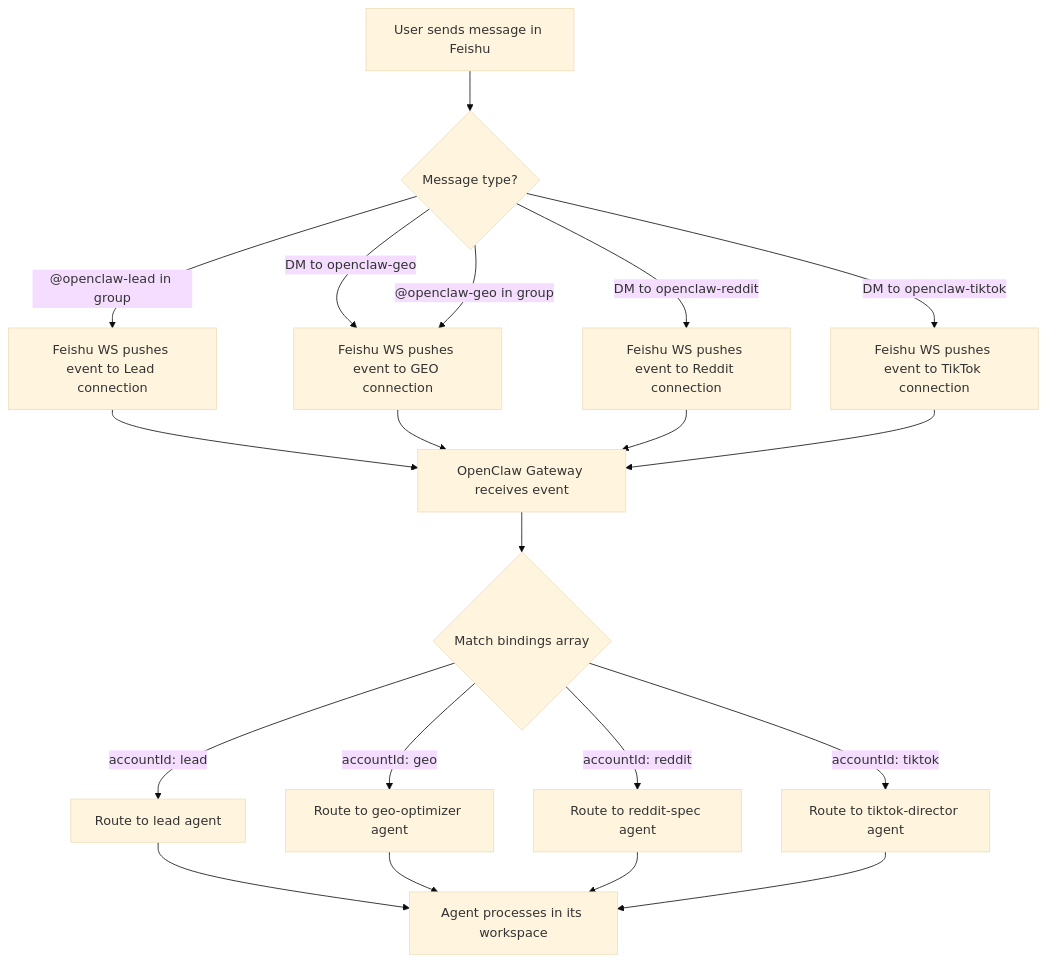
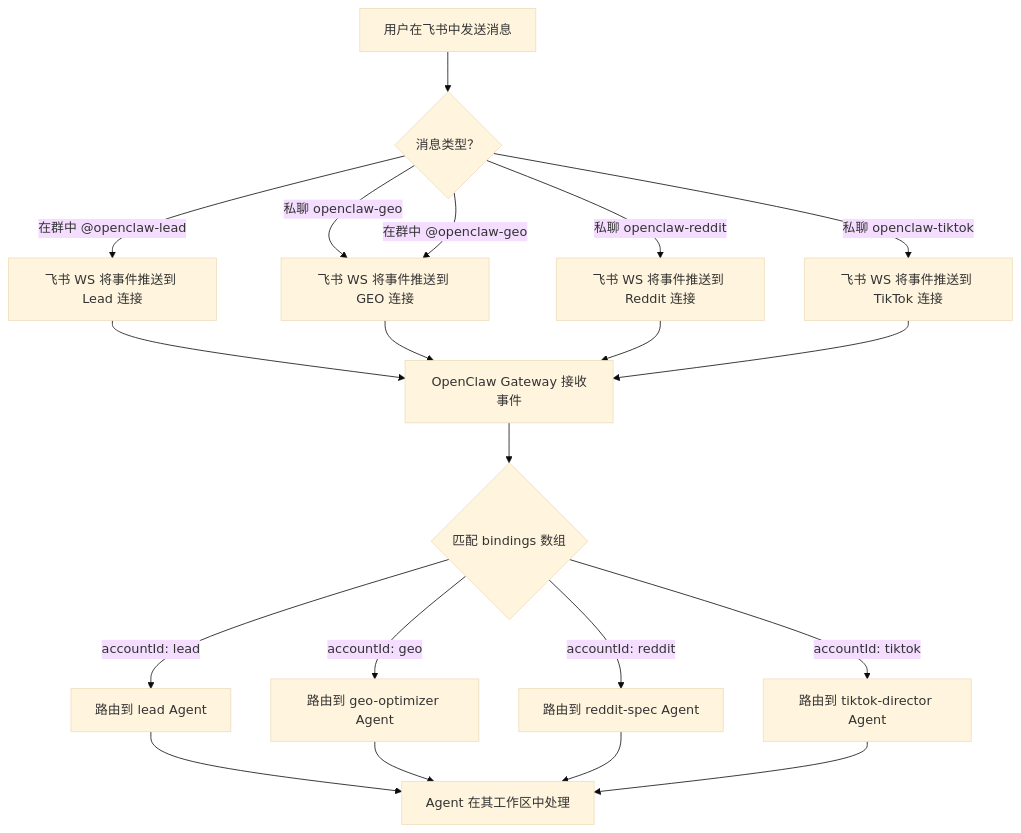
Before and after one commit to chan-kinghin/e-commerce-claw: the third of 3 diagrams in plans/PLAN-feishu-integration.md, drawn with Mermaid (base theme). The commit also changed other lines of this file and 55 other files, not shown here.

````diff
--- a/plans/PLAN-feishu-integration.md
+++ b/plans/PLAN-feishu-integration.md
@@ -903,25 +903,25 @@
 ```mermaid
 graph TD
-    A["User sends message in Feishu"] --> B{"Message type?"}
-    B -->|"@openclaw-lead in group"| C["Feishu WS pushes event to Lead connection"]
-    B -->|"DM to openclaw-geo"| D["Feishu WS pushes event to GEO connection"]
-    B -->|"DM to openclaw-reddit"| E["Feishu WS pushes event to Reddit connection"]
-    B -->|"DM to openclaw-tiktok"| F["Feishu WS pushes event to TikTok connection"]
-    B -->|"@openclaw-geo in group"| D
+    A["用户在飞书中发送消息"] --> B{"消息类型？"}
+    B -->|"在群中 @openclaw-lead"| C["飞书 WS 将事件推送到 Lead 连接"]
+    B -->|"私聊 openclaw-geo"| D["飞书 WS 将事件推送到 GEO 连接"]
+    B -->|"私聊 openclaw-reddit"| E["飞书 WS 将事件推送到 Reddit 连接"]
+    B -->|"私聊 openclaw-tiktok"| F["飞书 WS 将事件推送到 TikTok 连接"]
+    B -->|"在群中 @openclaw-geo"| D
 
-    C --> G["OpenClaw Gateway receives event"]
+    C --> G["OpenClaw Gateway 接收事件"]
     D --> G
     E --> G
     F --> G
 
-    G --> H{"Match bindings array"}
-    H -->|"accountId: lead"| I["Route to lead agent"]
-    H -->|"accountId: geo"| J["Route to geo-optimizer agent"]
-    H -->|"accountId: reddit"| K["Route to reddit-spec agent"]
-    H -->|"accountId: tiktok"| L["Route to tiktok-director agent"]
+    G --> H{"匹配 bindings 数组"}
+    H -->|"accountId: lead"| I["路由到 lead Agent"]
+    H -->|"accountId: geo"| J["路由到 geo-optimizer Agent"]
+    H -->|"accountId: reddit"| K["路由到 reddit-spec Agent"]
+    H -->|"accountId: tiktok"| L["路由到 tiktok-director Agent"]
 
-    I --> M["Agent processes in its workspace"]
+    I --> M["Agent 在其工作区中处理"]
     J --> M
     K --> M
     L --> M
 ```
````
